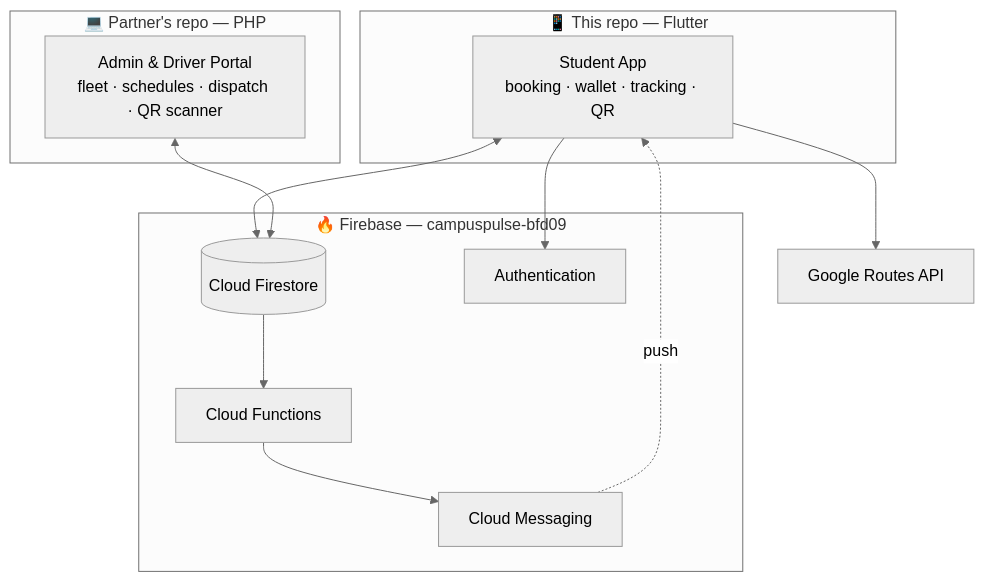
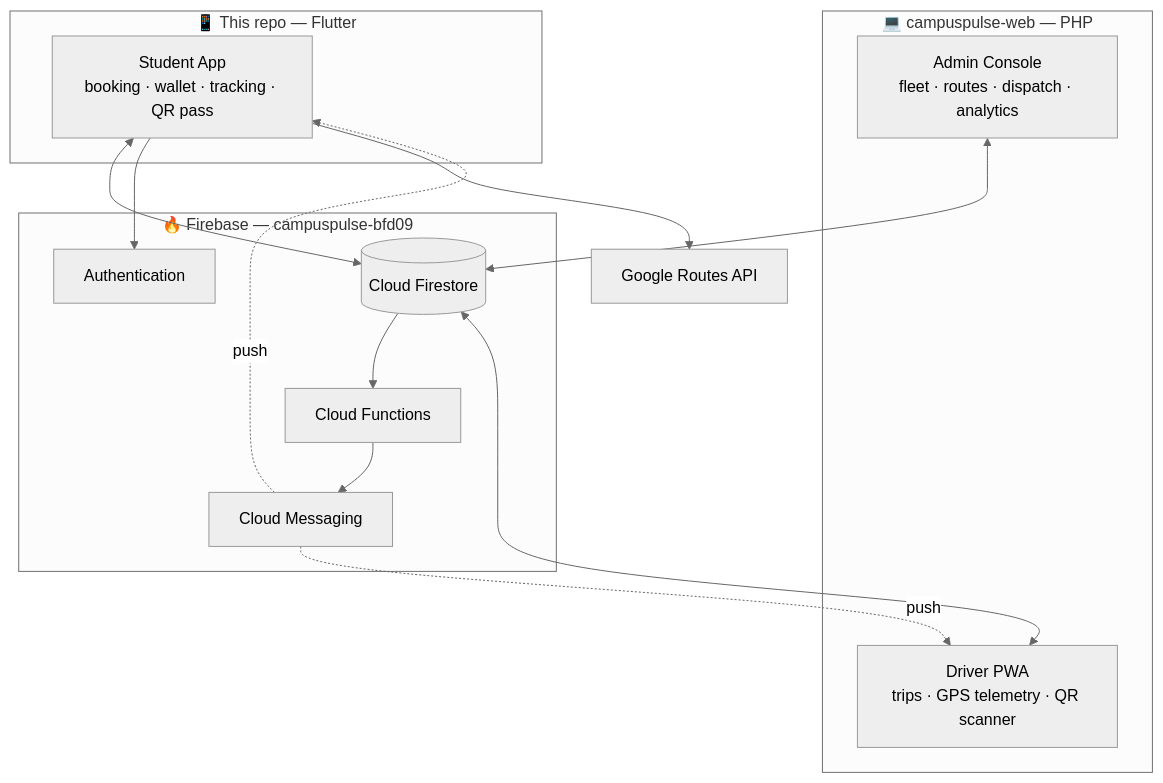
The diagram in README.md (nabilhrs/campuspulse-app), drawn with Mermaid (neutral theme) before and after one commit. The commit also changed other lines of this file and 1 other file, not shown here.

````diff
--- a/README.md
+++ b/README.md
@@ -57,24 +60,27 @@
 ```mermaid
 graph TB
     subgraph Mobile["📱 This repo — Flutter"]
-        A[Student App<br/>booking · wallet · tracking · QR]
+        A[Student App<br/>booking · wallet · tracking · QR pass]
     end
-    subgraph Web["💻 Partner's repo — PHP"]
-        B[Admin & Driver Portal<br/>fleet · schedules · dispatch · QR scanner]
+    subgraph Web["💻 campuspulse-web — PHP"]
+        B[Admin Console<br/>fleet · routes · dispatch · analytics]
+        C[Driver PWA<br/>trips · GPS telemetry · QR scanner]
     end
     subgraph FB["🔥 Firebase — campuspulse-bfd09"]
-        C[(Cloud Firestore)]
-        D[Authentication]
-        E[Cloud Functions]
-        F[Cloud Messaging]
+        D[(Cloud Firestore)]
+        E[Authentication]
+        F[Cloud Functions]
+        G[Cloud Messaging]
     end
-    G[Google Routes API]
+    H[Google Routes API]
 
-    A <--> C
-    A --> D
-    A --> G
-    B <--> C
-    C --> E
-    E --> F
-    F -.push.-> A
+    A <--> D
+    A --> E
+    A --> H
+    B <--> D
+    C <--> D
+    D --> F
+    F --> G
+    G -.push.-> A
+    G -.push.-> C
 ```
````
